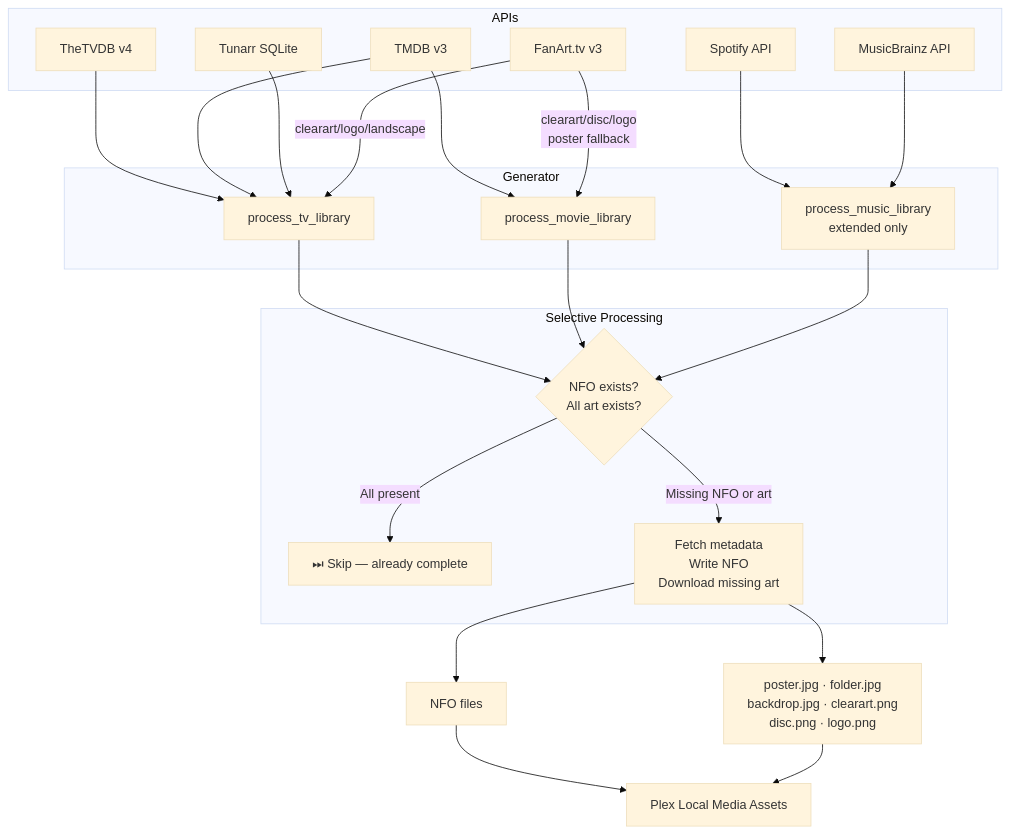
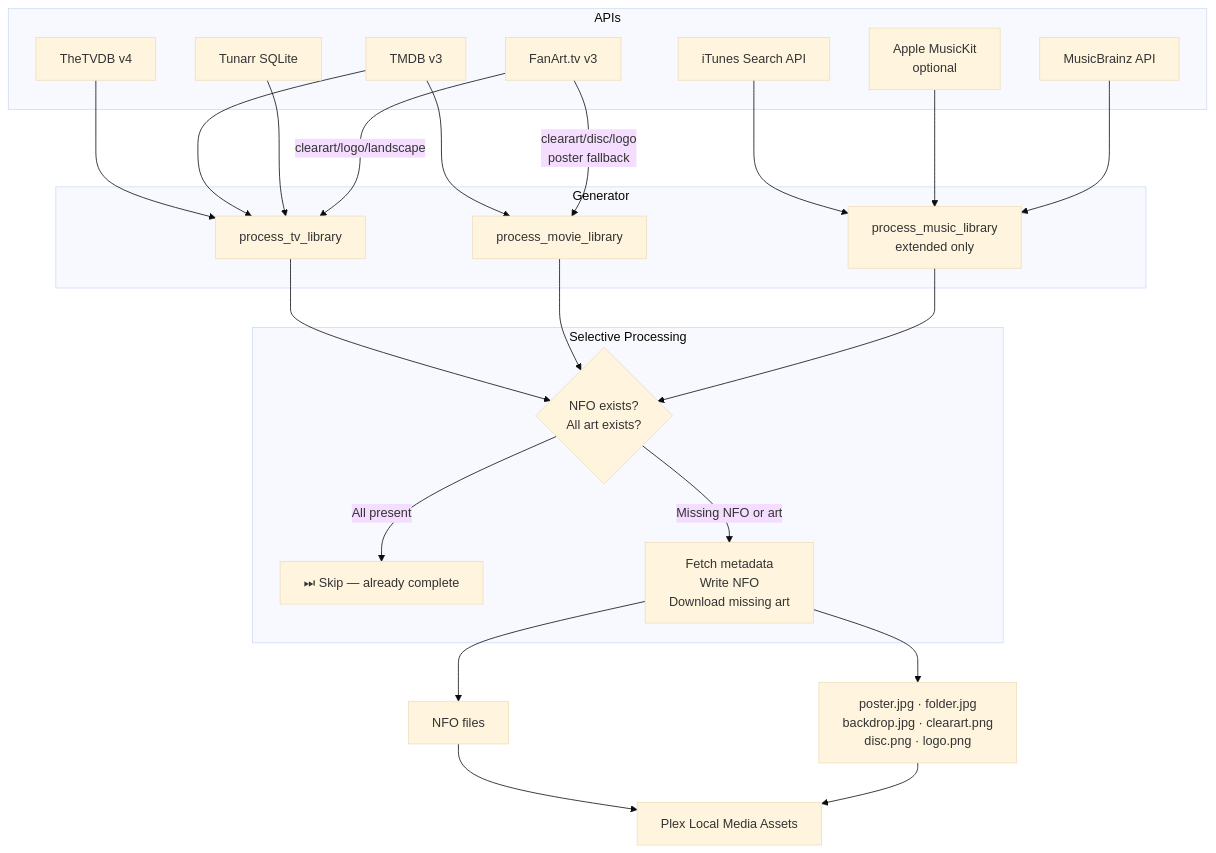
One commit to roto31/Plex-NFO-creator-and-Poster-Art-creator changed diagram 18 of 23 in docs/wiki/Diagrams.md. Above: the diagram before and after it, drawn with Mermaid (base theme). The commit also changed other lines of this file and 8 other files, not shown here.

First line of the commit message:
docs: replace all Spotify references with iTunes Search API + Apple MusicKit

````diff
--- a/docs/wiki/Diagrams.md
+++ b/docs/wiki/Diagrams.md
@@ -466,32 +466,33 @@
 ```mermaid
 flowchart TD
   subgraph APIs
     TVDB[TheTVDB v4]
     TMDB[TMDB v3]
     FANART[FanArt.tv v3]
     Tunarr[Tunarr SQLite]
-    Spotify[Spotify API]
+    iTunes[iTunes Search API]
+    MusicKit[Apple MusicKit\noptional]
     MB[MusicBrainz API]
   end
   subgraph Generator
     TV[process_tv_library]
     MOV[process_movie_library]
     MUS[process_music_library\nextended only]
   end
   subgraph Skip["Selective Processing"]
     CHECK{NFO exists?\nAll art exists?}
     SKIP[⏭ Skip — already complete]
     RUN[Fetch metadata\nWrite NFO\nDownload missing art]
   end
   TVDB & TMDB & Tunarr --> TV
   FANART -- clearart/logo/landscape --> TV
   TMDB --> MOV
   FANART -- clearart/disc/logo\nposter fallback --> MOV
-  Spotify & MB --> MUS
+  iTunes & MusicKit & MB --> MUS
   TV & MOV & MUS --> CHECK
   CHECK -- All present --> SKIP
   CHECK -- Missing NFO or art --> RUN
   RUN --> NFO[NFO files]
   RUN --> ART["poster.jpg · folder.jpg\nbackdrop.jpg · clearart.png\ndisc.png · logo.png"]
   NFO & ART --> Plex[Plex Local Media Assets]
 ```
````
